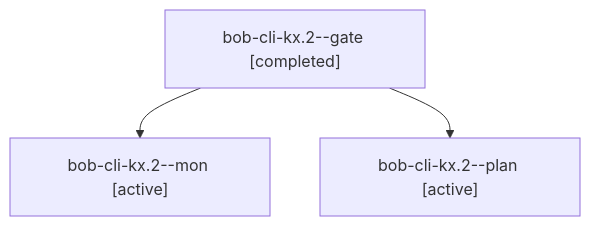
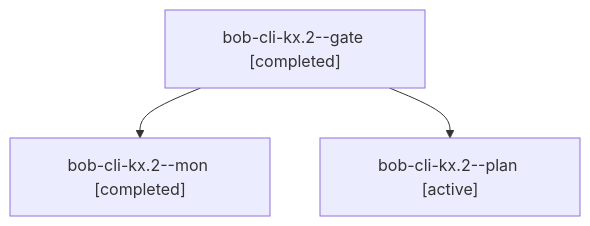
One commit to bobs-org/bob-cli--agents changed the diagram in sessions/bbugyi200.athena.bob-cli-kx.2.md. Above: the diagram before and after it, drawn with Mermaid. The commit also changed other lines of this file and 102 other files, not shown here.

````diff
--- a/sessions/bbugyi200.athena.bob-cli-kx.2.md
+++ b/sessions/bbugyi200.athena.bob-cli-kx.2.md
@@ -9,8 +9,8 @@
 ```mermaid
 flowchart TD
   n0["bob-cli-kx.2--gate [completed]"]
-  n1["bob-cli-kx.2--mon [active]"]
+  n1["bob-cli-kx.2--mon [completed]"]
   n0 --> n1
   n2["bob-cli-kx.2--plan [active]"]
   n0 --> n2
 ```
````
